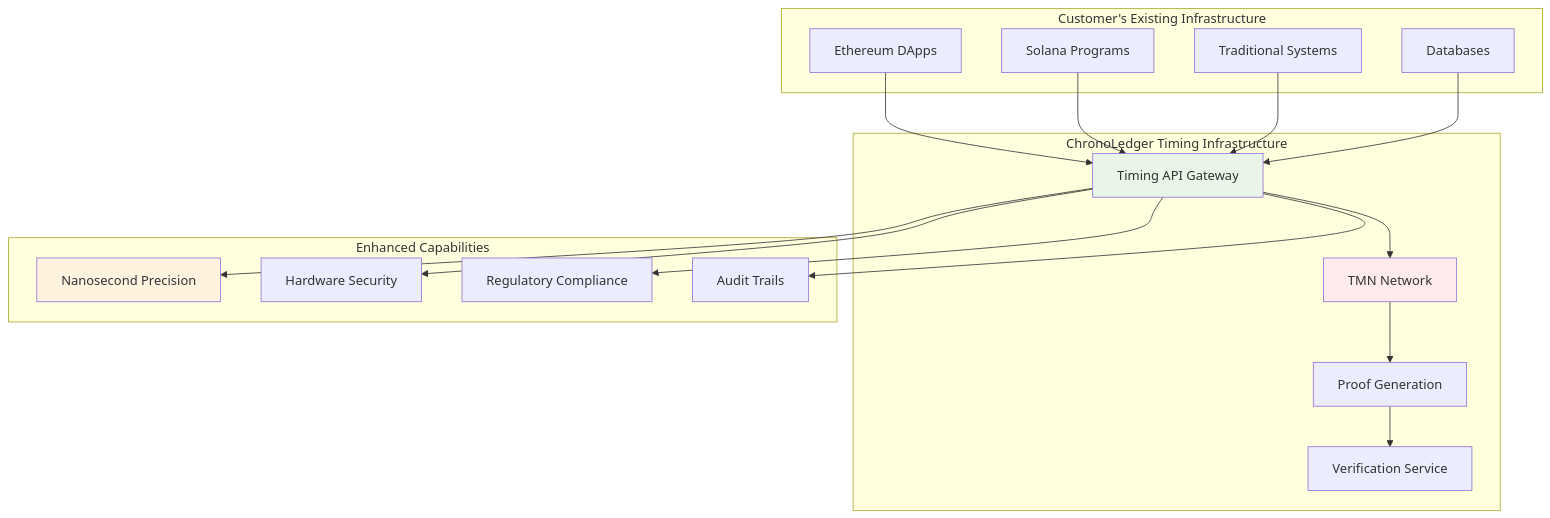
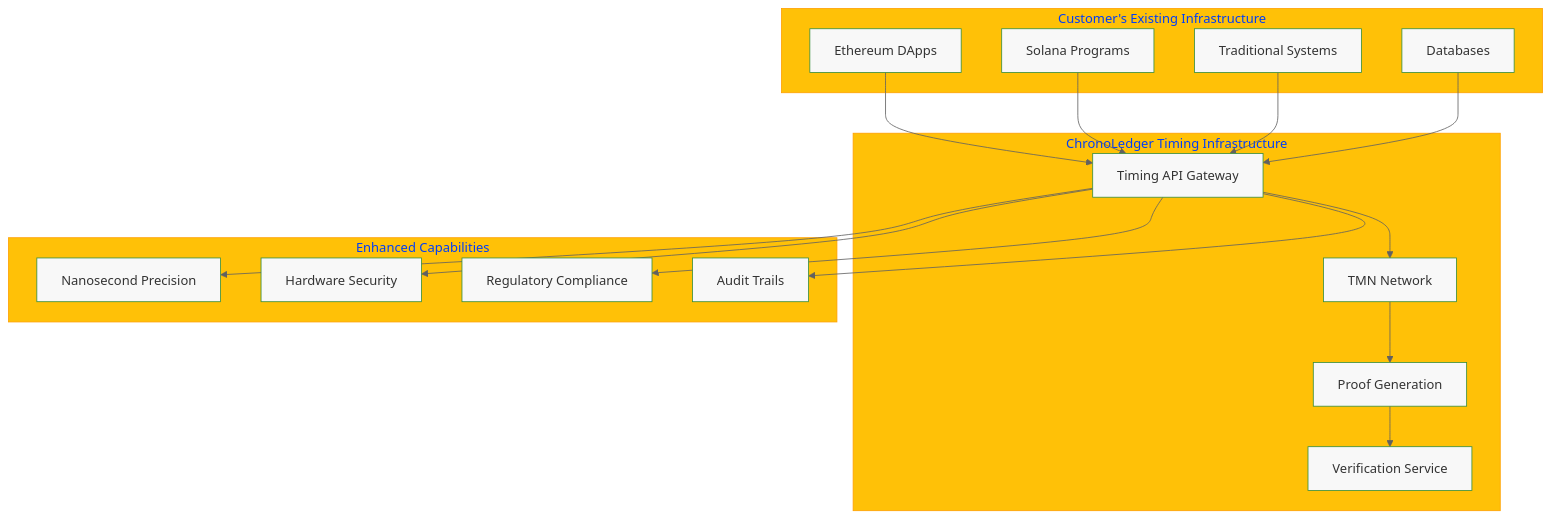
One commit to nshkrdotcom/ChronoLedger changed the first of 5 diagrams in GO_TO_MARKET_STRATEGY_INFRASTRUCTURE_FIRST_APPROACH.md. Above: the diagram before and after it, drawn with Mermaid. The commit also changed other lines of this file and 6 other files, not shown here.

````diff
--- a/GO_TO_MARKET_STRATEGY_INFRASTRUCTURE_FIRST_APPROACH.md
+++ b/GO_TO_MARKET_STRATEGY_INFRASTRUCTURE_FIRST_APPROACH.md
@@ -35,41 +35,48 @@
 ```mermaid
+%%{init: {'theme': 'base', 'themeVariables': {
+    'primaryColor': '#4CAF50',
+    'primaryBorderColor': '#388E3C',
+    'secondaryColor': '#2196F3',
+    'secondaryBorderColor': '#1976D2',
+    'tertiaryColor': '#FFC107',
+    'tertiaryBorderColor': '#FFA000',
+    'lineColor': '#616161',
+    'textColor': '#212121',
+    'mainBkg': '#F8F8F8'
+}}}%%
 graph TD
     subgraph "Customer's Existing Infrastructure"
         ETH[Ethereum DApps]
-        SOL[Solana Programs] 
+        SOL[Solana Programs]
         TRAD[Traditional Systems]
         DATABASES[Databases]
     end
     
     subgraph "ChronoLedger Timing Infrastructure"
         TMN[TMN Network]
         API[Timing API Gateway]
         PROOF[Proof Generation]
         VERIFY[Verification Service]
     end
     
     subgraph "Enhanced Capabilities"
         PRECISION[Nanosecond Precision]
         SECURITY[Hardware Security]
         COMPLIANCE[Regulatory Compliance]
         AUDIT[Audit Trails]
     end
     
     ETH --> API
     SOL --> API
     TRAD --> API
     DATABASES --> API
     
     API --> TMN
     TMN --> PROOF
     PROOF --> VERIFY
     
     API --> PRECISION
     API --> SECURITY
     API --> COMPLIANCE
     API --> AUDIT
-    
-    style TMN fill:#ffebee
-    style API fill:#e8f5e8
-    style PRECISION fill:#fff3e0
 ```
````
